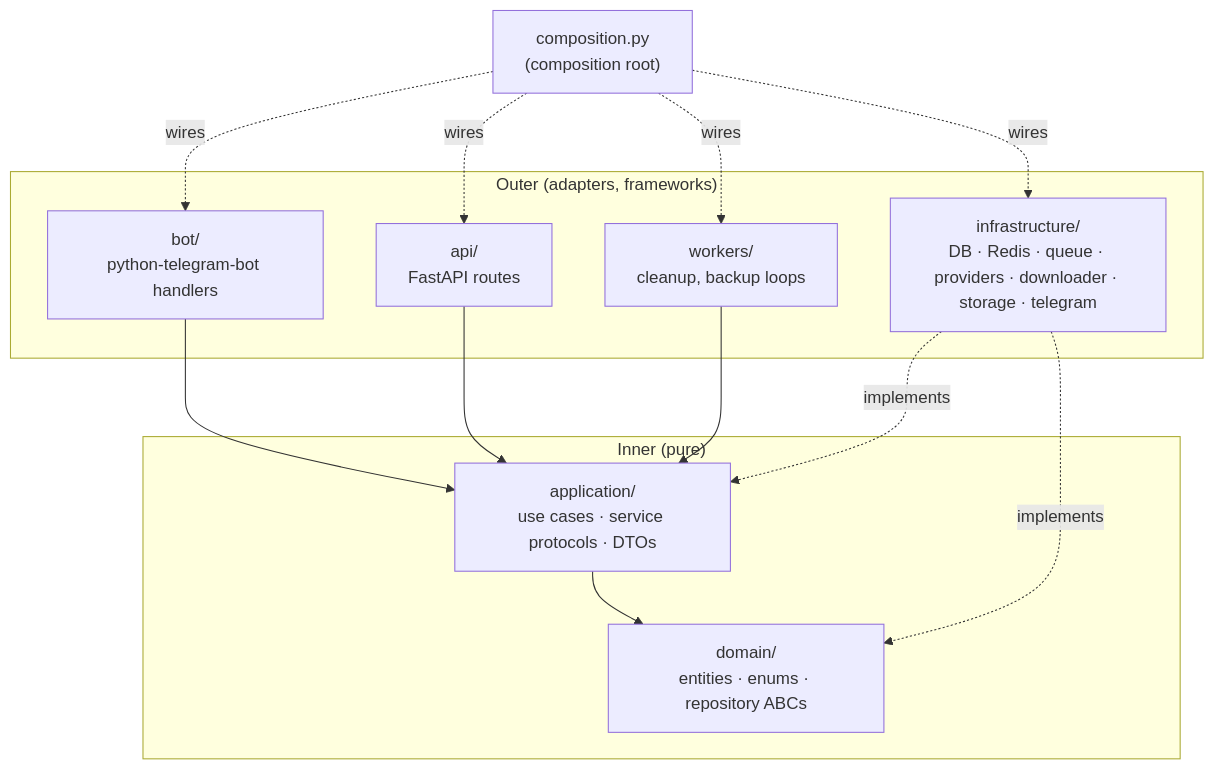
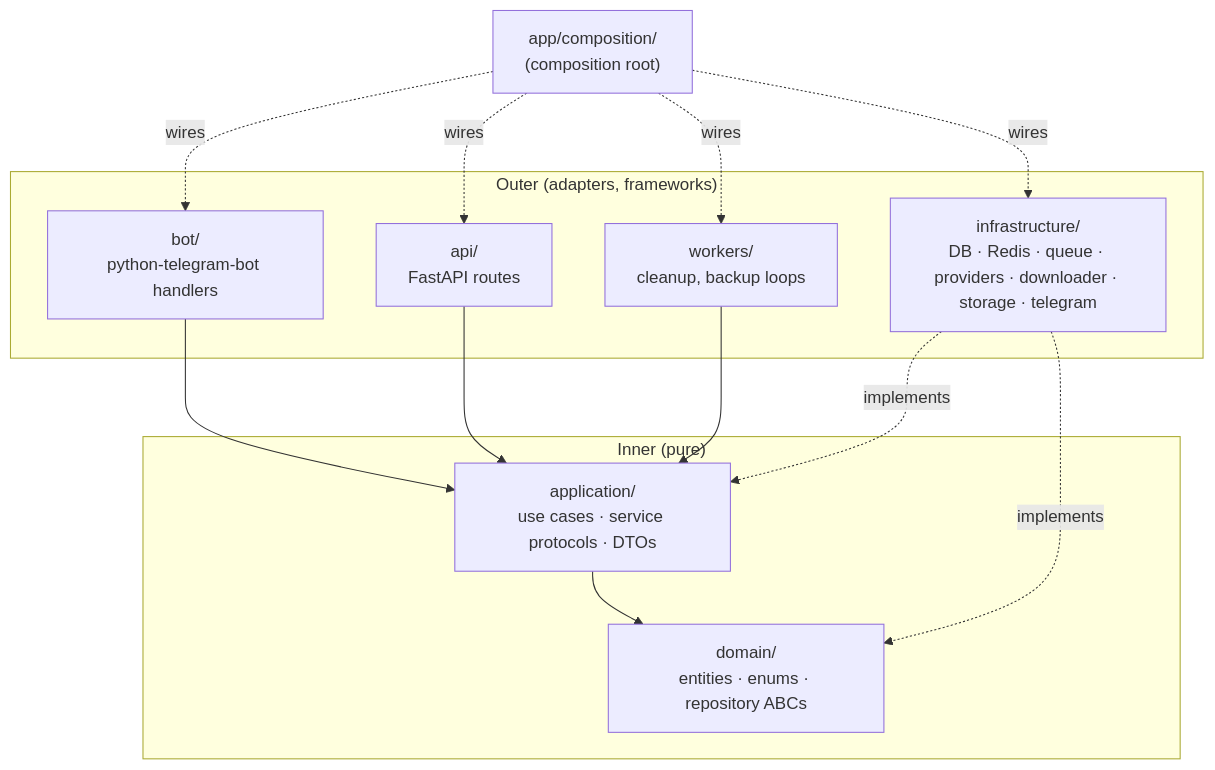
One commit to ariestop/DWTGBot changed the first of 7 diagrams in docs/02-architecture.md. Above: the diagram before and after it, drawn with Mermaid. The commit also changed other lines of this file and 24 other files, not shown here.

First line of the commit message:
docs: point references at app/composition/ and describe Settings field groups

````diff
--- a/docs/02-architecture.md
+++ b/docs/02-architecture.md
@@ -20,26 +20,26 @@
 ```mermaid
 flowchart TB
     subgraph Outer["Outer (adapters, frameworks)"]
         Bot["bot/<br/>python-telegram-bot handlers"]
         API["api/<br/>FastAPI routes"]
         Workers["workers/<br/>cleanup, backup loops"]
         Infra["infrastructure/<br/>DB · Redis · queue · providers · downloader · storage · telegram"]
     end
 
     subgraph Inner["Inner (pure)"]
         App["application/<br/>use cases · service protocols · DTOs"]
         Domain["domain/<br/>entities · enums · repository ABCs"]
     end
 
     Bot --> App
     API --> App
     Workers --> App
     Infra -.implements.-> App
     Infra -.implements.-> Domain
     App --> Domain
 
-    Composition["composition.py<br/>(composition root)"] -. wires .-> Bot
+    Composition["app/composition/<br/>(composition root)"] -. wires .-> Bot
     Composition -. wires .-> API
     Composition -. wires .-> Workers
     Composition -. wires .-> Infra
 ```
````
